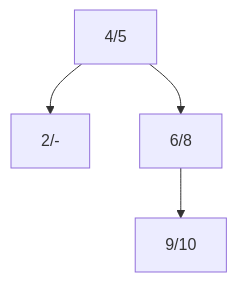
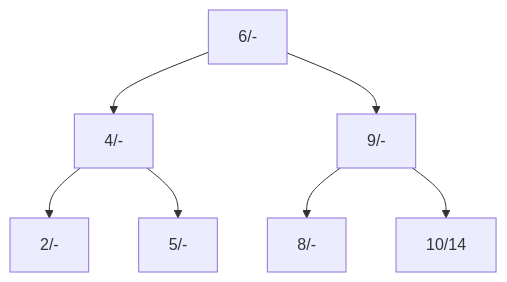
Before and after one commit to chdonncha/Advanced-Databases: the seventh of 8 diagrams in Lab3/Lab3_B-Tree_Exercise.md, drawn with Mermaid. The commit also changed other lines of this file and 1 other file, not shown here.

````diff
--- a/Lab3/Lab3_B-Tree_Exercise.md
+++ b/Lab3/Lab3_B-Tree_Exercise.md
@@ -46,6 +60,9 @@
 ```{mermaid}
   graph TD
-    4/5 --> 2/-
-    4/5 --> 6/8
-    6/8 --> 9/10
+    6/- --> 4/-
+    6/- --> 9/-
+    4/- --> 2/-
+    4/- --> 5/-
+    9/- --> 8/-
+    9/- --> 10/14
 ```
````
